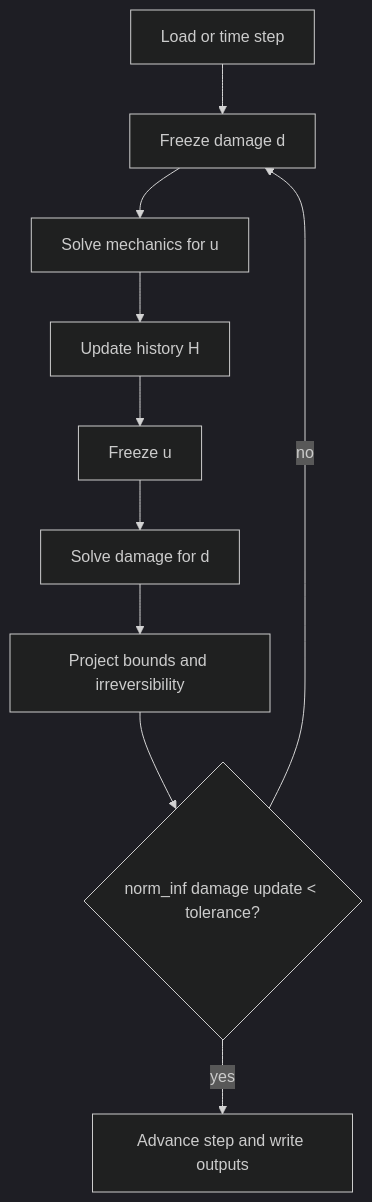
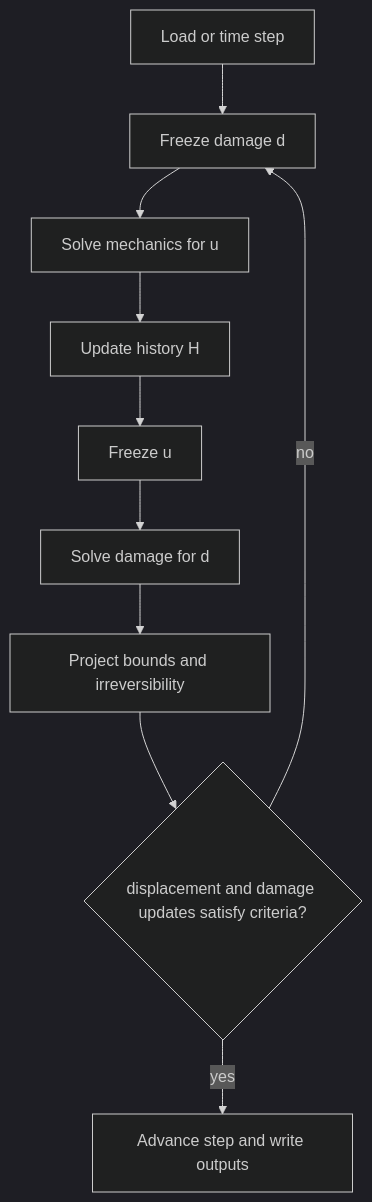
Before and after one commit to CEMS-Lab/PhAST: the diagram in docs/tutorial/01_phase_field_primer.md, drawn with Mermaid (dark theme). The commit also changed other lines of this file and 17 other files, not shown here.

````diff
--- a/docs/tutorial/01_phase_field_primer.md
+++ b/docs/tutorial/01_phase_field_primer.md
@@ -105,12 +119,12 @@
 ```{mermaid}
 flowchart TD
     A[Load or time step] --> B[Freeze damage d]
     B --> C[Solve mechanics for u]
     C --> D[Update history H]
     D --> E[Freeze u]
     E --> F[Solve damage for d]
     F --> G[Project bounds and irreversibility]
-    G --> H{norm_inf damage update < tolerance?}
+    G --> H{displacement and damage updates satisfy criteria?}
     H -- no --> B
     H -- yes --> I[Advance step and write outputs]
 ```
````
